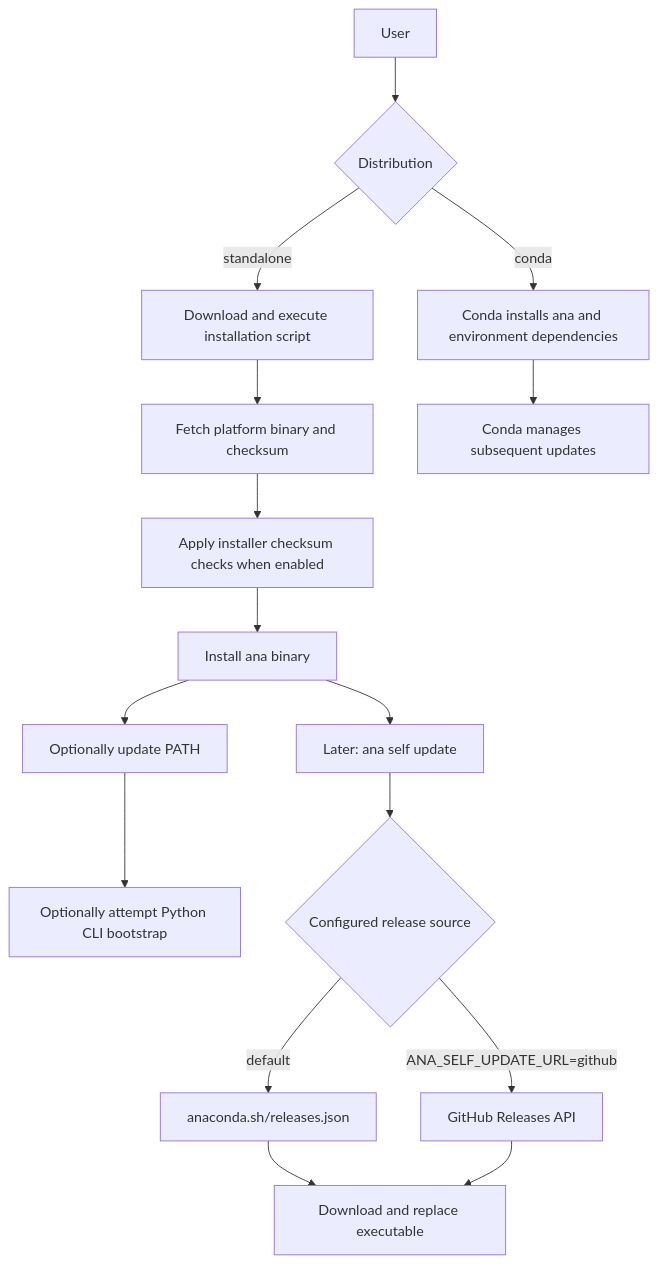
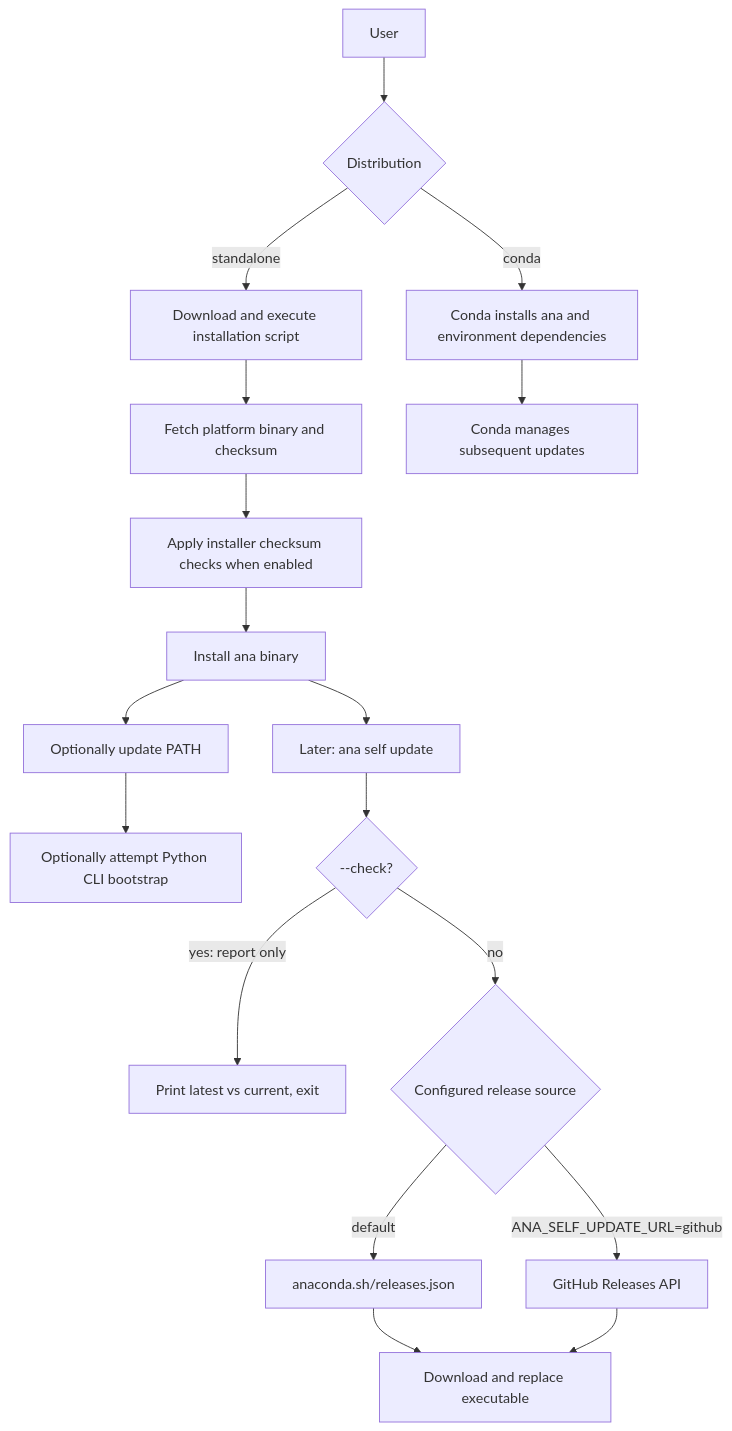
Before and after one commit to anaconda/anaconda-cli: the fifth of 5 diagrams in docs/architecture.md, drawn with Mermaid.

Commit message:
docs: Distinguish ana self update --check in architecture flow

````diff
--- a/docs/architecture.md
+++ b/docs/architecture.md
@@ -229,18 +229,20 @@
 ```mermaid
 flowchart TB
     USER["User"] --> CHOICE{"Distribution"}
     CHOICE -->|"standalone"| SCRIPT["Download and execute installation script"]
     SCRIPT --> FETCH["Fetch platform binary and checksum"]
     FETCH --> VERIFY["Apply installer checksum checks when enabled"]
     VERIFY --> INSTALL["Install ana binary"]
     INSTALL --> PATH["Optionally update PATH"]
     PATH --> BOOT["Optionally attempt Python CLI bootstrap"]
     INSTALL --> UPDATE["Later: ana self update"]
-    UPDATE --> SOURCE{"Configured release source"}
+    UPDATE --> MODE{"--check?"}
+    MODE -->|"yes: report only"| REPORT["Print latest vs current, exit"]
+    MODE -->|"no"| SOURCE{"Configured release source"}
     SOURCE -->|"default"| STATIC["anaconda.sh/releases.json"]
     SOURCE -->|"ANA_SELF_UPDATE_URL=github"| GITHUB["GitHub Releases API"]
     STATIC --> REPLACE["Download and replace executable"]
     GITHUB --> REPLACE
     CHOICE -->|"conda"| ENV["Conda installs ana and environment dependencies"]
     ENV --> CONDAUPDATE["Conda manages subsequent updates"]
 ```
````
